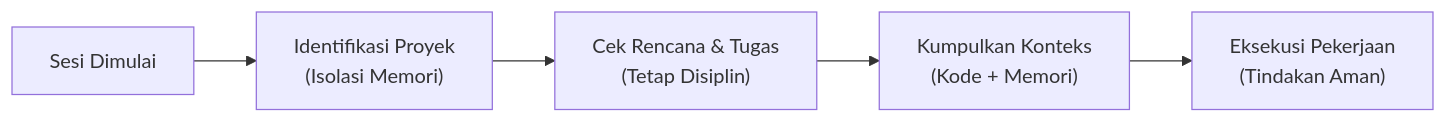
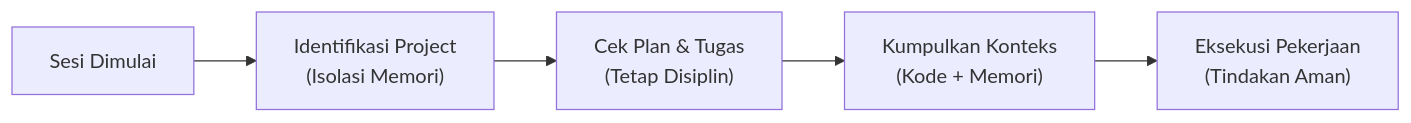
The second of 2 diagrams in README_ID.md (awsomplak/awlab-ai-assistant), drawn with Mermaid before and after one commit. The commit also changed other lines of this file and 5 other files, not shown here.

````diff
--- a/README_ID.md
+++ b/README_ID.md
@@ -88,7 +88,7 @@
 ```mermaid
 graph LR
-  A["Sesi Dimulai"] --> B["Identifikasi Proyek<br/>(Isolasi Memori)"]
-  B --> C["Cek Rencana & Tugas<br/>(Tetap Disiplin)"]
+  A["Sesi Dimulai"] --> B["Identifikasi Project<br/>(Isolasi Memori)"]
+  B --> C["Cek Plan & Tugas<br/>(Tetap Disiplin)"]
   C --> D["Kumpulkan Konteks<br/>(Kode + Memori)"]
   D --> E["Eksekusi Pekerjaan<br/>(Tindakan Aman)"]
 ```
````
